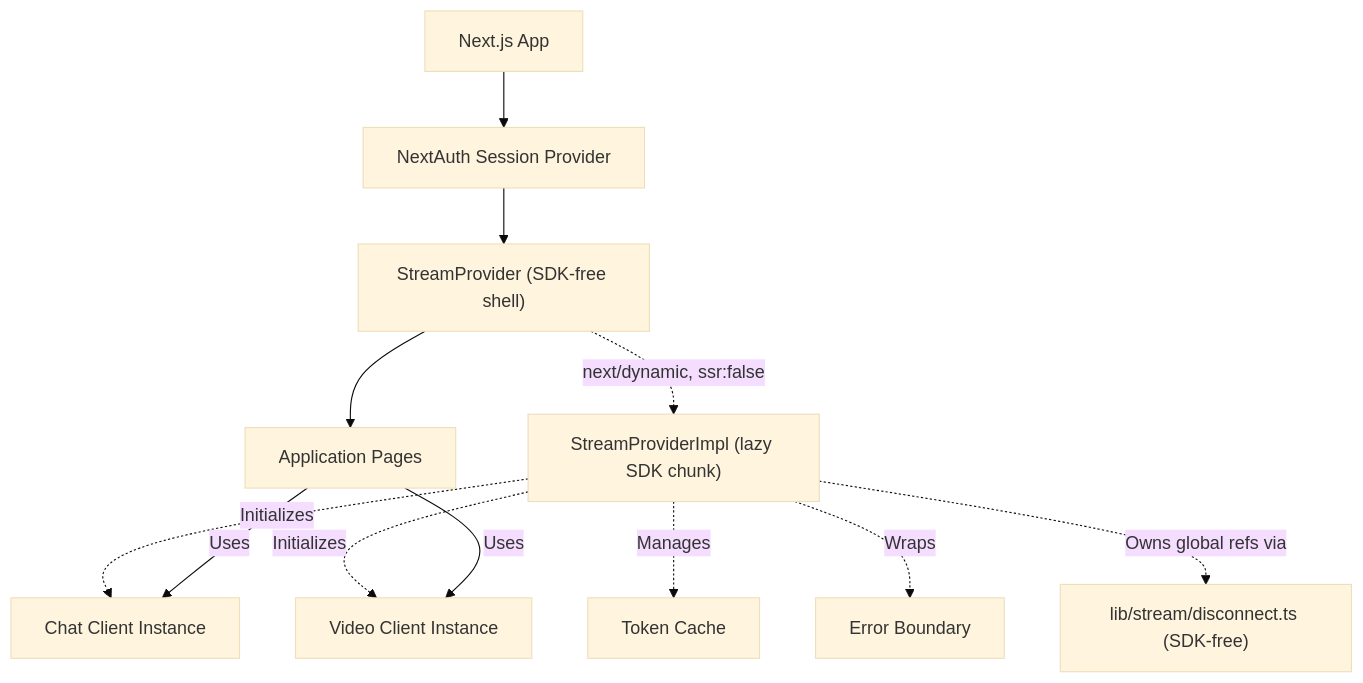
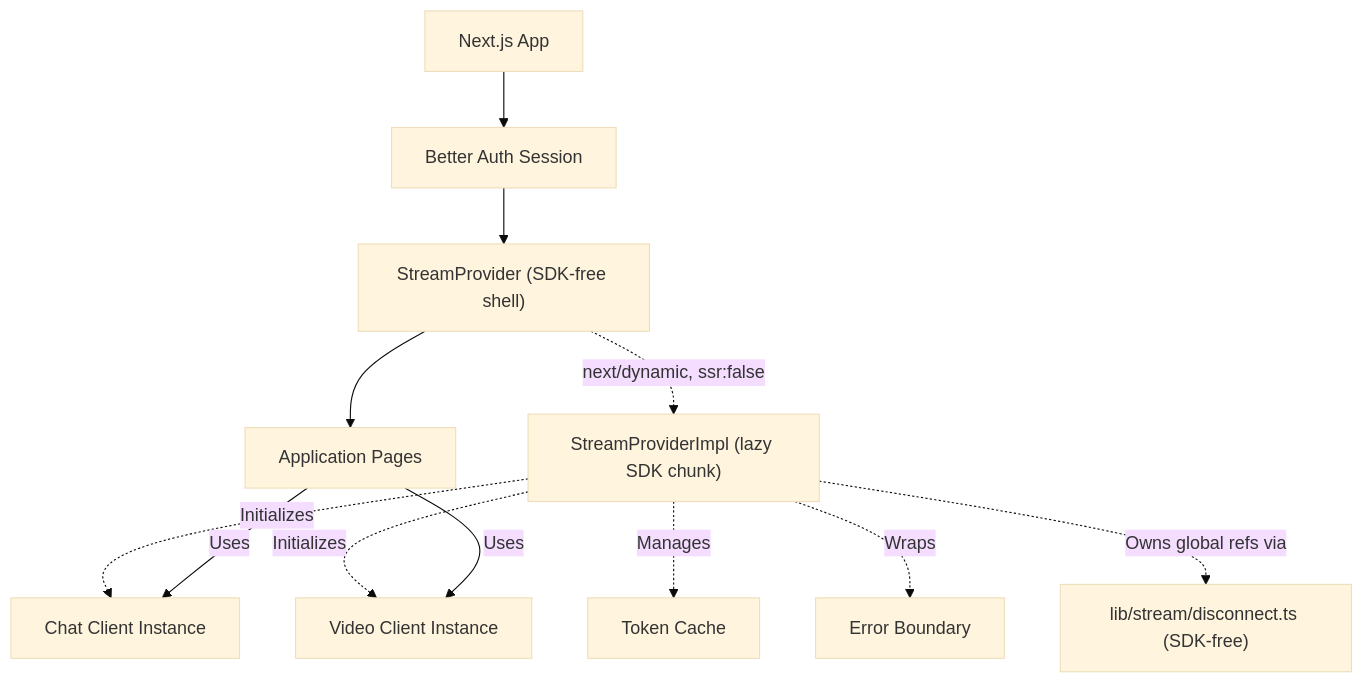
One commit to Practitionist/familiarise_web changed the second of 7 diagrams in docs/stream/01-architecture.md. Above: the diagram before and after it, drawn with Mermaid (base theme). The commit also changed other lines of this file and 10 other files, not shown here.

````diff
--- a/docs/stream/01-architecture.md
+++ b/docs/stream/01-architecture.md
@@ -110,24 +110,24 @@
 ```mermaid
 graph TD
     App[Next.js App]
-    Auth[NextAuth Session Provider]
+    Auth[Better Auth Session]
     Stream["StreamProvider (SDK-free shell)"]
     Impl["StreamProviderImpl (lazy SDK chunk)"]
     Pages[Application Pages]
 
     App --> Auth
     Auth --> Stream
     Stream -.->|"next/dynamic, ssr:false"| Impl
     Stream --> Pages
 
     Impl -.->|Initializes| ChatClient[Chat Client Instance]
     Impl -.->|Initializes| VideoClient[Video Client Instance]
     Impl -.->|Manages| TokenCache[Token Cache]
     Impl -.->|Wraps| ErrorBoundary[Error Boundary]
 
     Disconnect["lib/stream/disconnect.ts (SDK-free)"]
     Impl -.->|Owns global refs via| Disconnect
 
     Pages -->|Uses| ChatClient
     Pages -->|Uses| VideoClient
 ```
````
